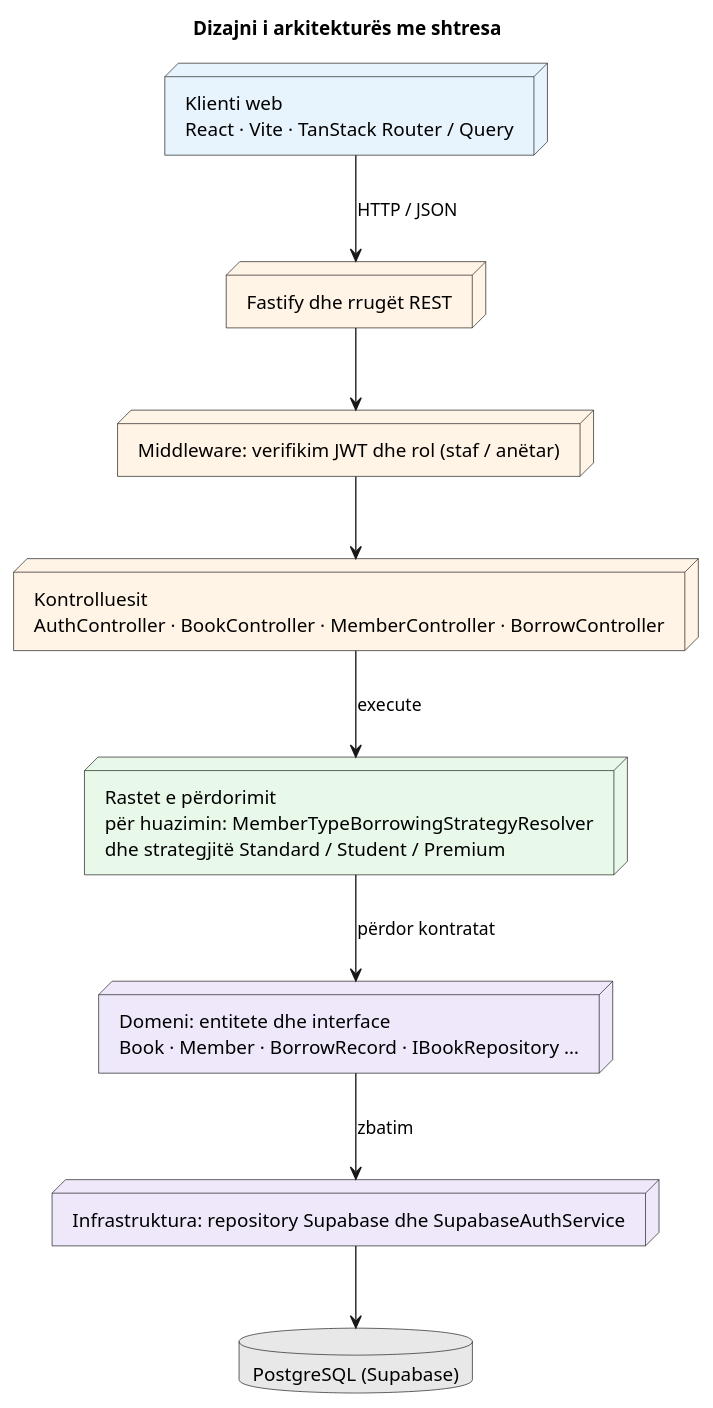
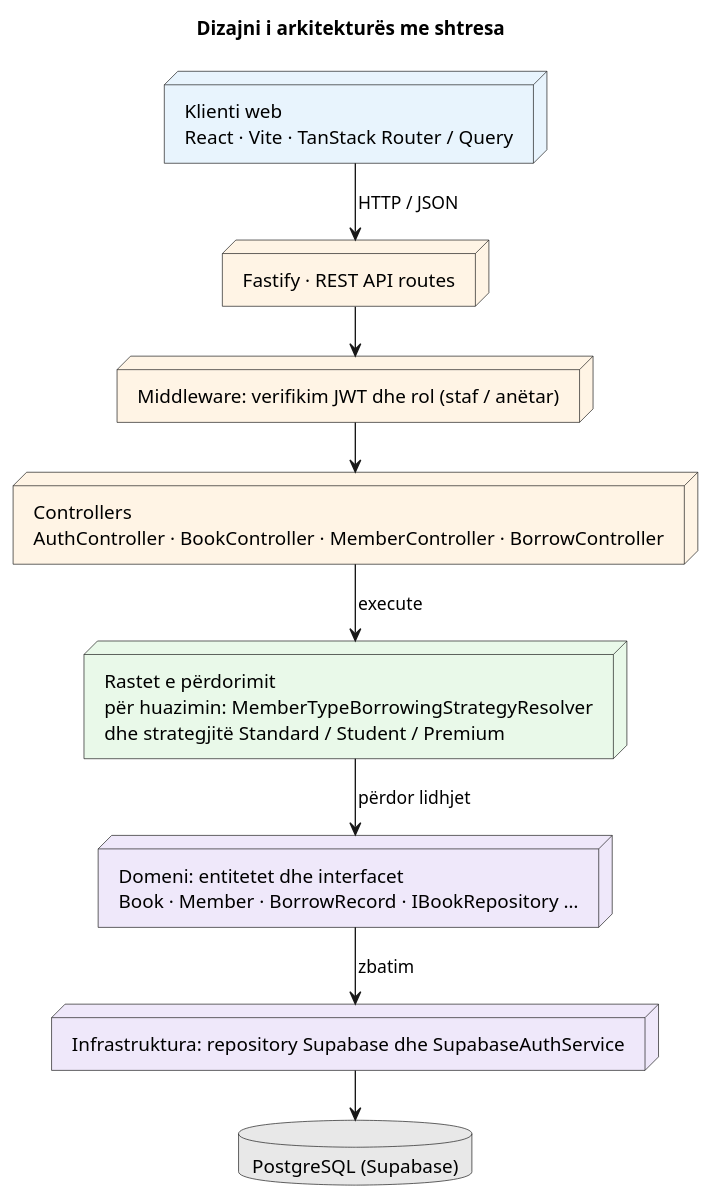
The diagram in backend/docs/diagrams/arkitektura-shtresa.puml (eriDev1/elibrary), drawn with PlantUML before and after one commit. The commit also changed 6 other files, not shown here.

Commit message:
refactor: updated architecture diagrams and documentation for clarity and consistency, replace outdated references, and enhance descriptions of system components

```diff
--- a/backend/docs/diagrams/arkitektura-shtresa.puml
+++ b/backend/docs/diagrams/arkitektura-shtresa.puml
@@ -1,23 +1,24 @@
 @startuml Arkitektura_me_shtresa
+!pragma layout smetana
 skinparam shadowing false
 skinparam backgroundColor white
 title Dizajni i arkitekturës me shtresa
 
 node "Klienti web\nReact · Vite · TanStack Router / Query" as n1 #E8F4FD
-node "Fastify dhe rrugët REST" as n2 #FFF4E5
+node "Fastify · REST API routes" as n2 #FFF4E5
 node "Middleware: verifikim JWT dhe rol (staf / anëtar)" as n3 #FFF4E5
-node "Kontrolluesit\nAuthController · BookController · MemberController · BorrowController" as n4 #FFF4E5
+node "Controllers\nAuthController · BookController · MemberController · BorrowController" as n4 #FFF4E5
 node "Rastet e përdorimit\npër huazimin: MemberTypeBorrowingStrategyResolver\ndhe strategjitë Standard / Student / Premium" as n5 #E9F9E9
-node "Domeni: entitete dhe interface\nBook · Member · BorrowRecord · IBookRepository …" as n6 #EFE8FA
+node "Domeni: entitetet dhe interfacet\nBook · Member · BorrowRecord · IBookRepository …" as n6 #EFE8FA
 node "Infrastruktura: repository Supabase dhe SupabaseAuthService" as n7 #EFE8FA
 database "PostgreSQL (Supabase)" as n8 #E8E8E8
 
 n1 -down-> n2 : HTTP / JSON
 n2 -down-> n3
 n3 -down-> n4
 n4 -down-> n5 : execute
-n5 -down-> n6 : përdor kontratat
+n5 -down-> n6 : përdor lidhjet
 n6 -down-> n7 : zbatim
 n7 -down-> n8
 
 @enduml
```
